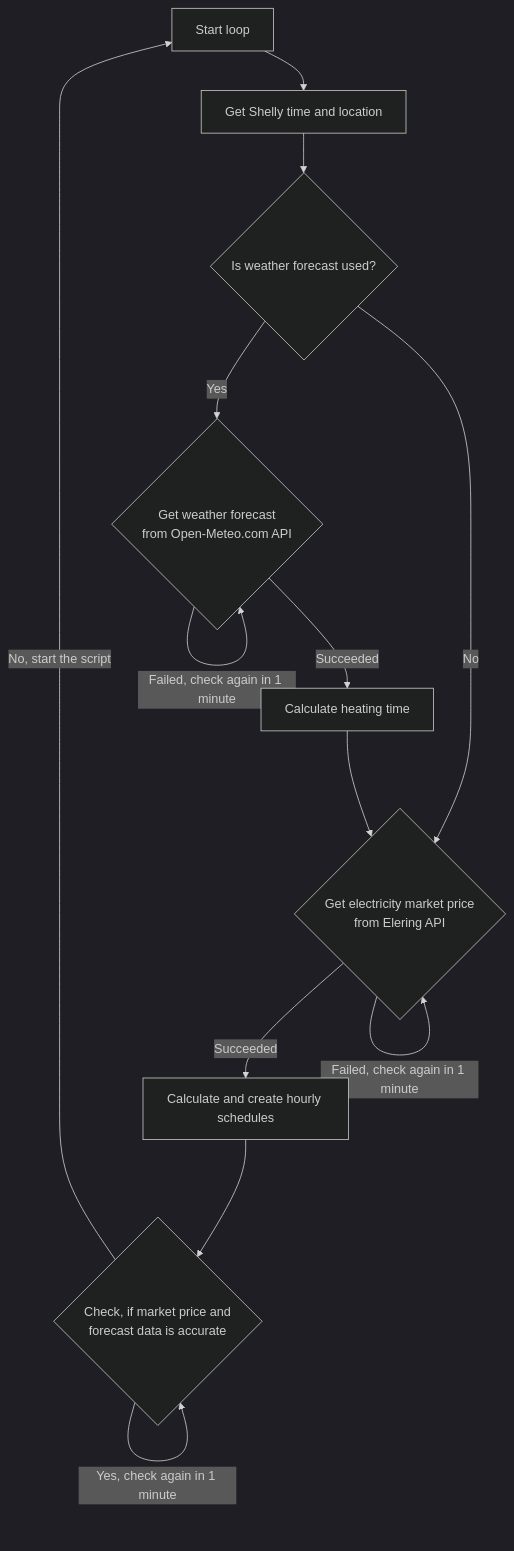
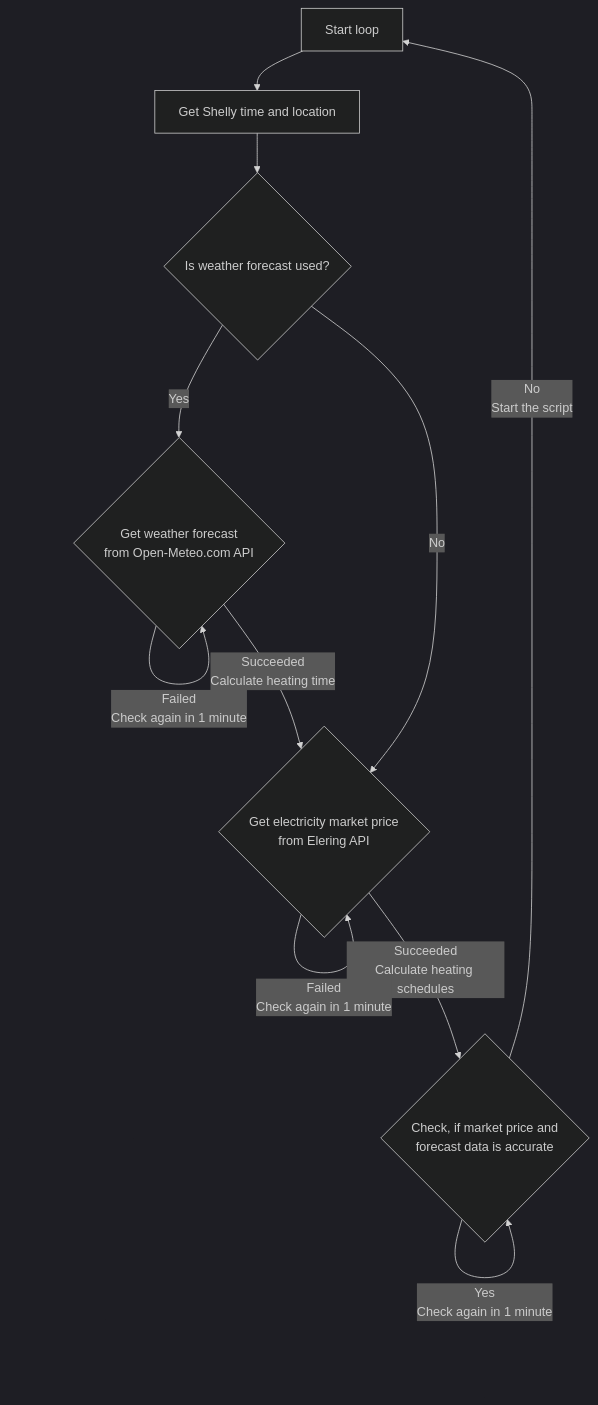
Before and after one commit to LeivoSepp/Smart-heating-management-with-Shelly: the first of 2 diagrams in README.md, drawn with Mermaid (dark theme). The commit also changed other lines of this file, not shown here.

````diff
--- a/README.md
+++ b/README.md
@@ -214,15 +226,13 @@
 ```mermaid
 flowchart TD
     0[Start loop] --> A
     A[Get Shelly time and location] --> K{Is weather forecast used?}
     K -- Yes --> B{Get weather forecast <br> from Open-Meteo.com API}
-    B -- Succeeded --> C[Calculate heating time]
+    B -- Succeeded </br>Calculate heating time --> D{Get electricity market price <br> from Elering API}
     K -- No --> D
-    C --> D{Get electricity market price <br> from Elering API}
-    B -- Failed, check again in 1 minute --> B
-    D -- Succeeded --> F[Calculate and create hourly schedules]
-    D -- Failed, check again in 1 minute --> D
-    F --> L{Check, if market price and </br> forecast data is accurate}
-    L -- Yes, check again in 1 minute --> L
-    L -- No, start the script --> 0
+    B -- Failed</br>Check again in 1 minute --> B
+    D -- Succeeded</br>Calculate heating schedules --> L{Check, if market price and </br> forecast data is accurate}
+    D -- Failed</br>Check again in 1 minute --> D
+    L -- Yes</br>Check again in 1 minute --> L
+    L -- No</br>Start the script --> 0
 ```
````
